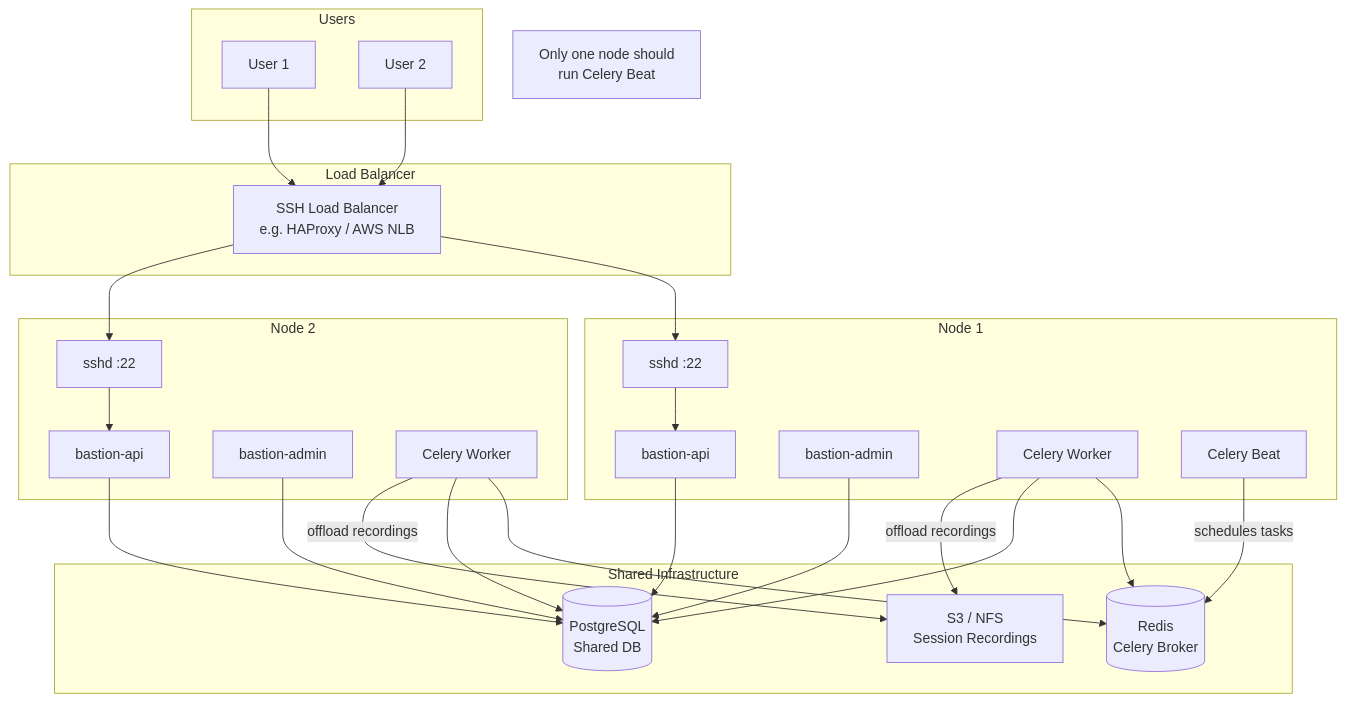
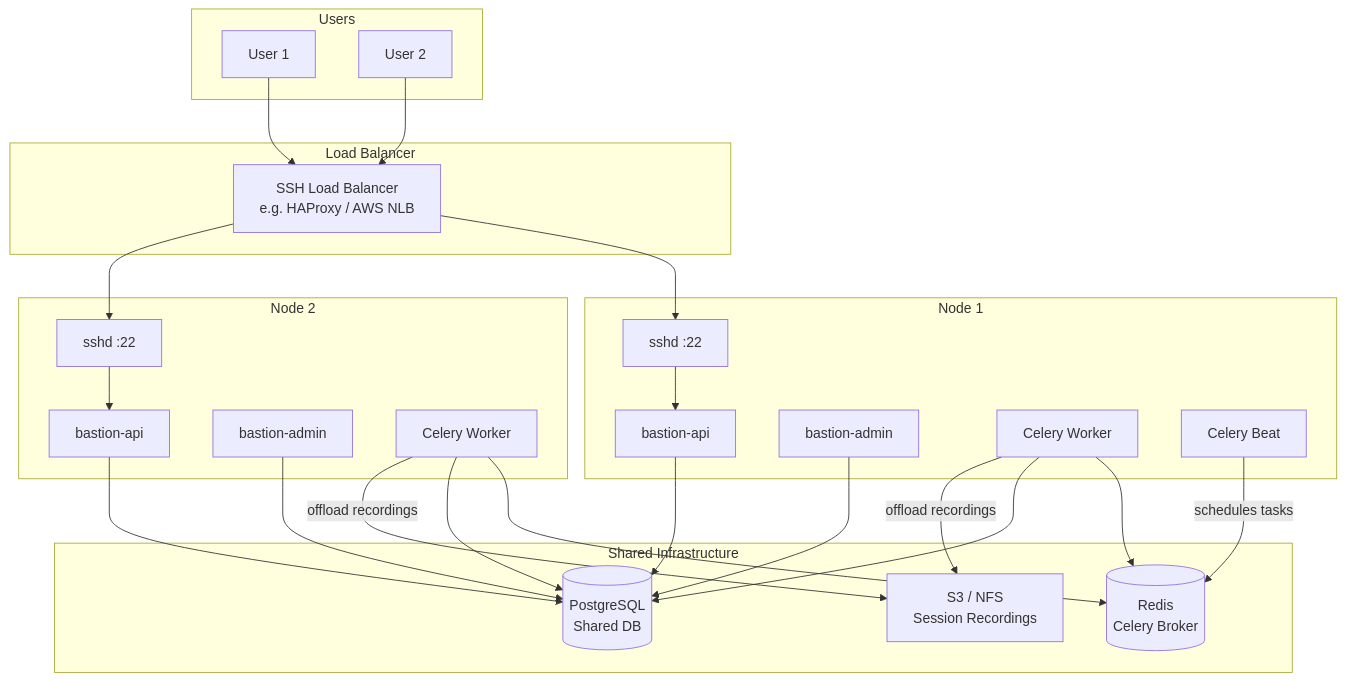
Before and after one commit to disappointingsupernova/bastion: the diagram in docs/ha.md, drawn with Mermaid. The commit also changed other lines of this file and 9 other files, not shown here.

````diff
--- a/docs/ha.md
+++ b/docs/ha.md
@@ -9,52 +9,50 @@
 ```mermaid
 graph TB
     subgraph Users
         U1[User 1]
         U2[User 2]
     end
 
     subgraph Load Balancer
         LB[SSH Load Balancer\ne.g. HAProxy / AWS NLB]
     end
 
     subgraph Node 1
         SSH1[sshd :22]
         API1[bastion-api]
         ADMIN1[bastion-admin]
         W1[Celery Worker]
         BEAT1[Celery Beat]
     end
 
     subgraph Node 2
         SSH2[sshd :22]
         API2[bastion-api]
         ADMIN2[bastion-admin]
         W2[Celery Worker]
     end
 
     subgraph Shared Infrastructure
         PG[(PostgreSQL\nShared DB)]
         REDIS[(Redis\nCelery Broker)]
         S3[S3 / NFS\nSession Recordings]
     end
 
     U1 --> LB
     U2 --> LB
     LB --> SSH1
     LB --> SSH2
     SSH1 --> API1
     SSH2 --> API2
     API1 --> PG
     API2 --> PG
     ADMIN1 --> PG
     ADMIN2 --> PG
     W1 --> REDIS
     W2 --> REDIS
     W1 --> PG
     W2 --> PG
     W1 -->|offload recordings| S3
     W2 -->|offload recordings| S3
     BEAT1 -->|schedules tasks| REDIS
-
-    note1[Only one node should\nrun Celery Beat]
 ```
````
